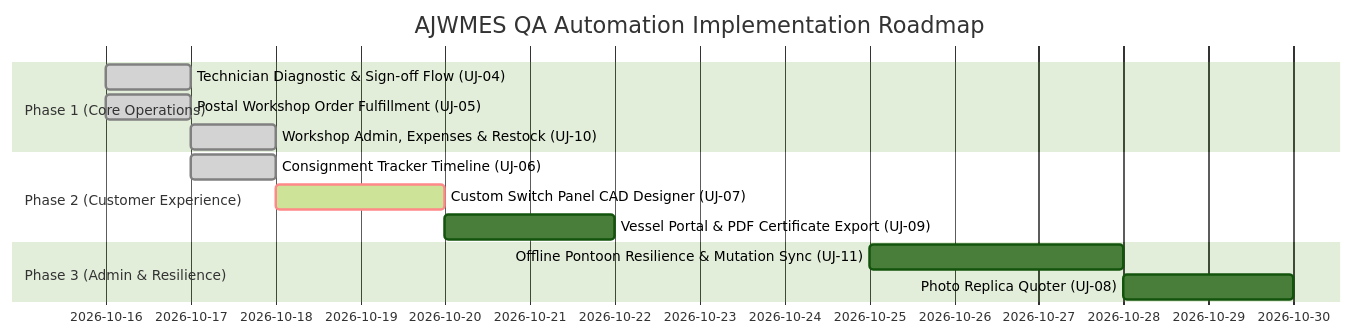
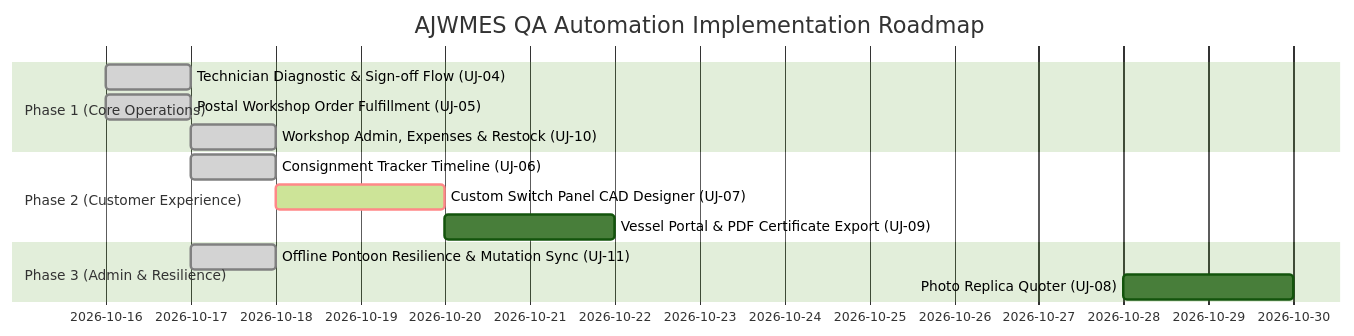
The second of 2 diagrams in docs/E2E_USER_JOURNEYS.md (AnthonyWrather/ajwmes), drawn with Mermaid (forest theme) before and after one commit. The commit also changed other lines of this file and 13 other files, not shown here.

Commit message:
feat(journey-uj-11): implement offline pontoon resilience and mutation queue replay

````diff
--- a/docs/E2E_USER_JOURNEYS.md
+++ b/docs/E2E_USER_JOURNEYS.md
@@ -234,16 +264,16 @@
 ```mermaid
 gantt
     title AJWMES QA Automation Implementation Roadmap
     dateFormat  YYYY-MM-DD
     section Phase 1 (Core Operations)
     Technician Diagnostic & Sign-off Flow (UJ-04) :done, 2026-10-16, 1d
     Postal Workshop Order Fulfillment (UJ-05)     :done, 2026-10-16, 1d
     Workshop Admin, Expenses & Restock (UJ-10)    :done, 2026-10-17, 1d
     section Phase 2 (Customer Experience)
     Consignment Tracker Timeline (UJ-06)          :done, 2026-10-17, 1d
     Custom Switch Panel CAD Designer (UJ-07)      :crit, active, 2026-10-18, 2d
     Vessel Portal & PDF Certificate Export (UJ-09):2026-10-20, 2d
     section Phase 3 (Admin & Resilience)
-    Offline Pontoon Resilience & Mutation Sync (UJ-11):2026-10-25, 3d
+    Offline Pontoon Resilience & Mutation Sync (UJ-11):done, 2026-10-17, 1d
     Photo Replica Quoter (UJ-08)                  :2026-10-28, 2d
 ```
````
